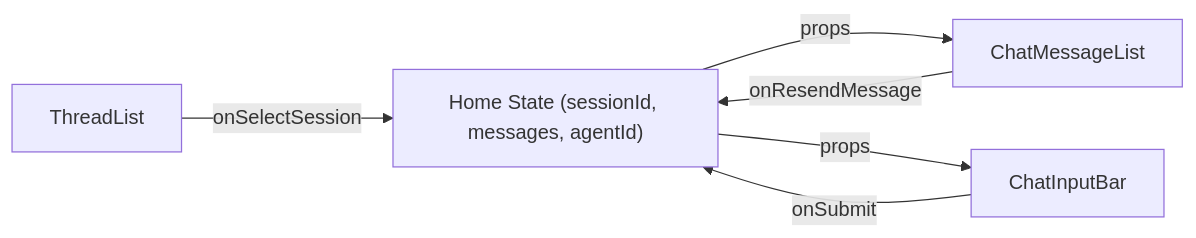
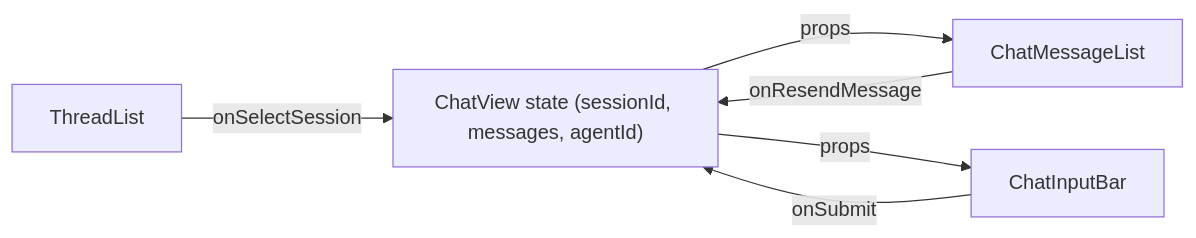
One commit to GarrettFleischer/maia changed the third of 4 diagrams in docs/architecture/frontend-architecture.md. Above: the diagram before and after it, drawn with Mermaid. The commit also changed other lines of this file and 12 other files, not shown here.

First line of the commit message:
docs: architecture and defaults updates

````diff
--- a/docs/architecture/frontend-architecture.md
+++ b/docs/architecture/frontend-architecture.md
@@ -113,8 +123,8 @@
 ```mermaid
 flowchart LR
-  threadList["ThreadList"] -- onSelectSession --> homeState["Home State (sessionId, messages, agentId)"]
-  homeState -- props --> chatMessageList["ChatMessageList"]
-  chatMessageList -- onResendMessage --> homeState
-  homeState -- props --> chatInputBar["ChatInputBar"]
-  chatInputBar -- onSubmit --> homeState
+  threadList["ThreadList"] -- onSelectSession --> chatState["ChatView state (sessionId, messages, agentId)"]
+  chatState -- props --> chatMessageList["ChatMessageList"]
+  chatMessageList -- onResendMessage --> chatState
+  chatState -- props --> chatInputBar["ChatInputBar"]
+  chatInputBar -- onSubmit --> chatState
 ```
````
